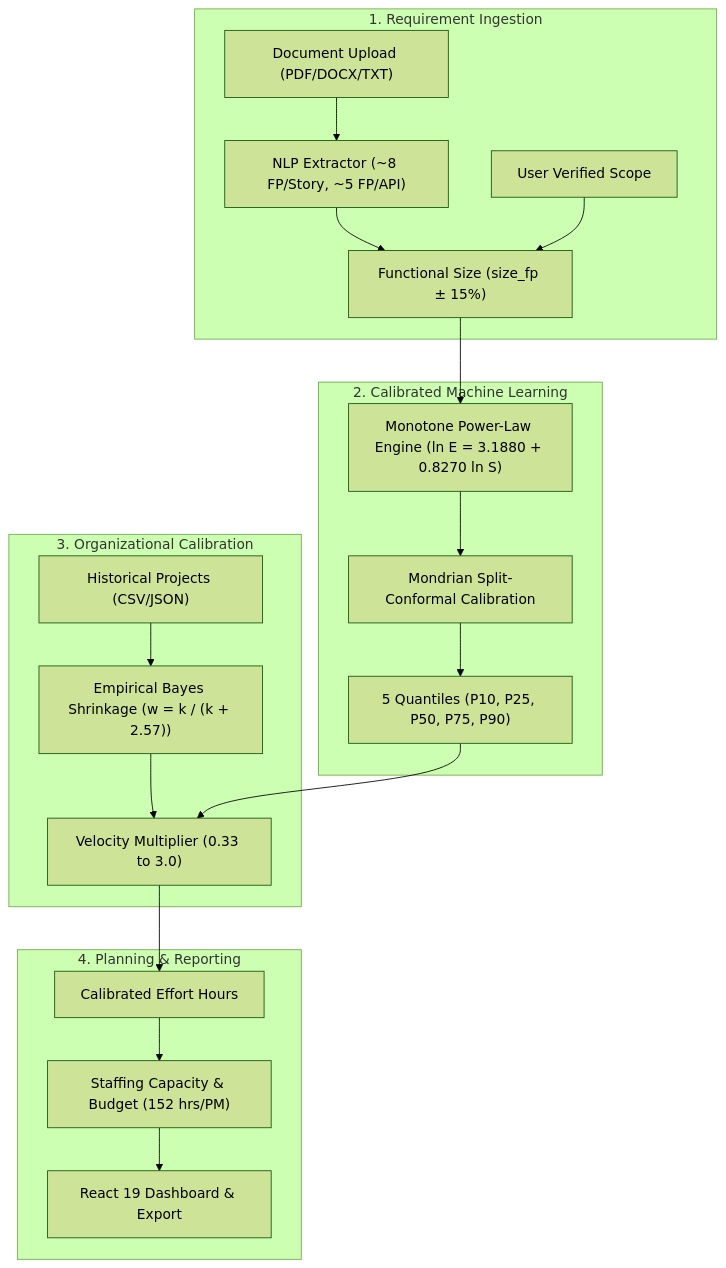
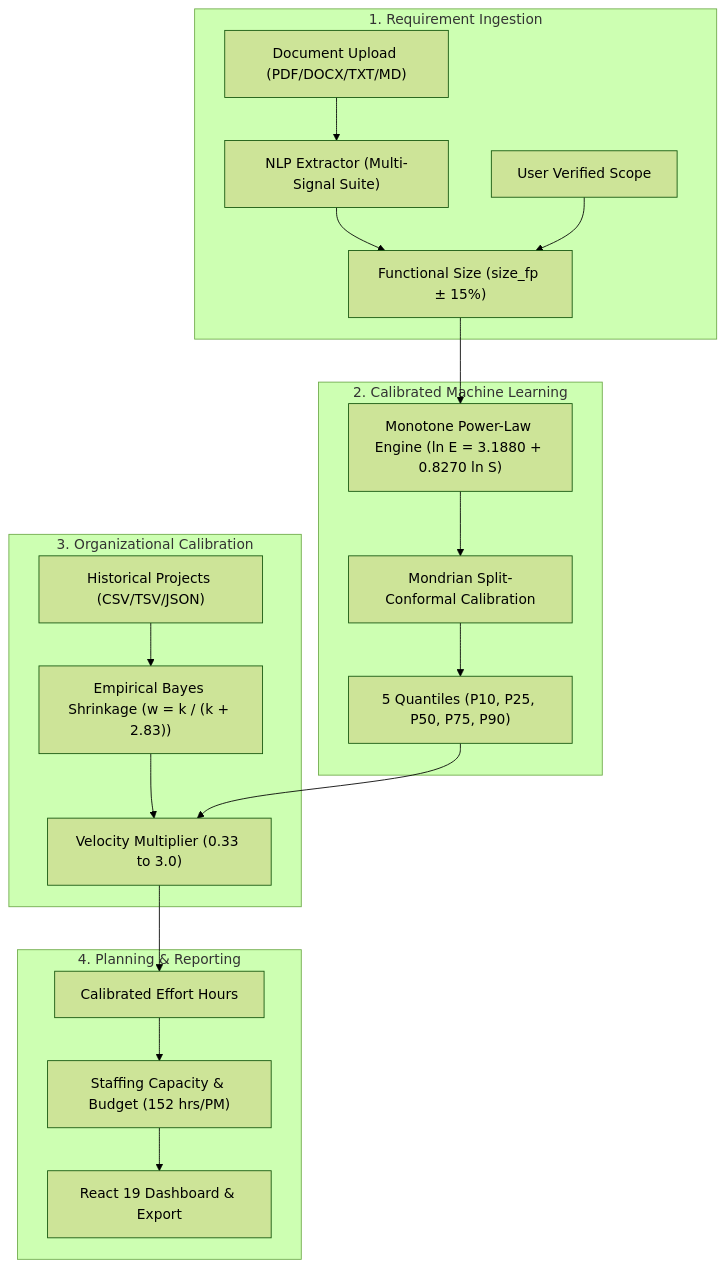
One commit to AtharvS7/PredictIQ changed the diagram in README.md. Above: the diagram before and after it, drawn with Mermaid (forest theme). The commit also changed other lines of this file and 13 other files, not shown here.

Commit message:
G06: Comprehensive architectural specifications, academic project report, and documentation overhaul

````diff
--- a/README.md
+++ b/README.md
@@ -98,26 +99,26 @@
 ```mermaid
 flowchart TD
     subgraph Ingestion["1. Requirement Ingestion"]
-        Doc["Document Upload (PDF/DOCX/TXT)"] --> NLP["NLP Extractor (~8 FP/Story, ~5 FP/API)"]
+        Doc["Document Upload (PDF/DOCX/TXT/MD)"] --> NLP["NLP Extractor (Multi-Signal Suite)"]
         NLP --> Sizing["Functional Size (size_fp ± 15%)"]
         Manual["User Verified Scope"] --> Sizing
     end
 
     subgraph CoreML["2. Calibrated Machine Learning"]
         Sizing --> PowerLaw["Monotone Power-Law Engine (ln E = 3.1880 + 0.8270 ln S)"]
         PowerLaw --> Conformal["Mondrian Split-Conformal Calibration"]
         Conformal --> Quantiles["5 Quantiles (P10, P25, P50, P75, P90)"]
     end
 
     subgraph Calibration["3. Organizational Calibration"]
-        Actuals["Historical Projects (CSV/JSON)"] --> EB["Empirical Bayes Shrinkage (w = k / (k + 2.57))"]
+        Actuals["Historical Projects (CSV/TSV/JSON)"] --> EB["Empirical Bayes Shrinkage (w = k / (k + 2.83))"]
         EB --> CalMult["Velocity Multiplier (0.33 to 3.0)"]
         Quantiles --> CalMult
     end
 
     subgraph Delivery["4. Planning & Reporting"]
         CalMult --> Hours["Calibrated Effort Hours"]
         Hours --> Capacity["Staffing Capacity & Budget (152 hrs/PM)"]
         Capacity --> Dashboard["React 19 Dashboard & Export"]
     end
 ```
````
